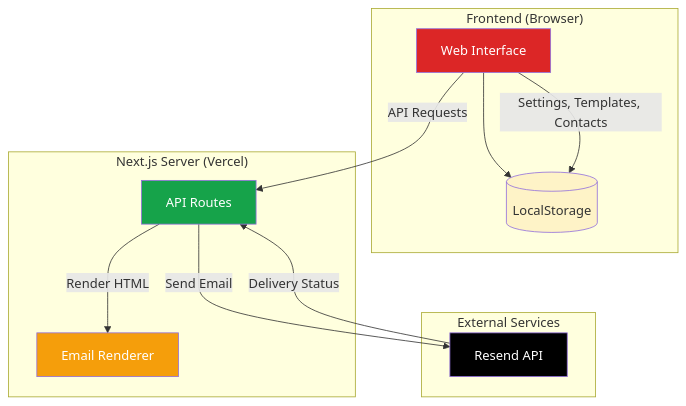
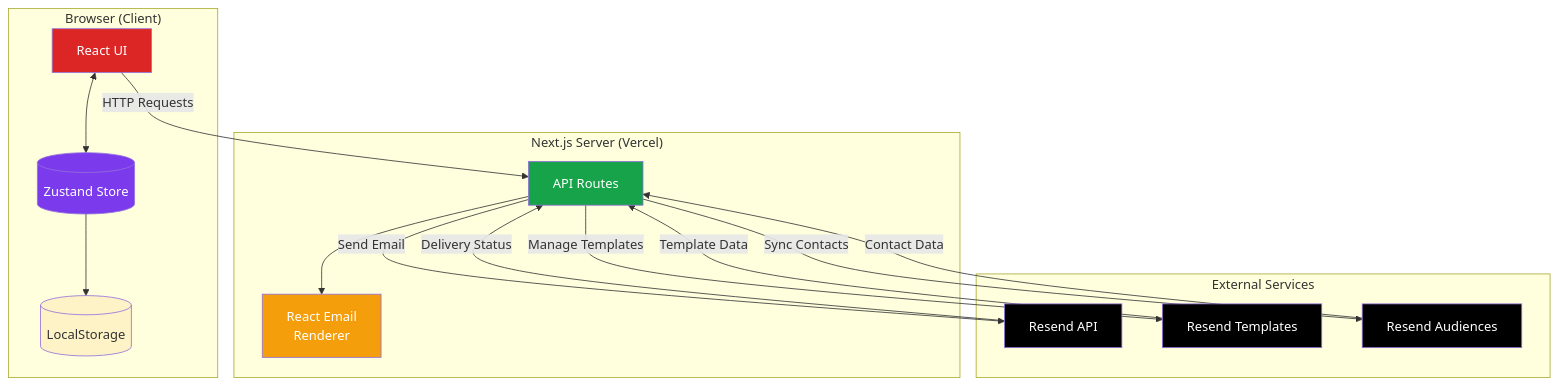
One commit to ChanMeng666/send-joy changed the fourth of 10 diagrams in README.md. Above: the diagram before and after it, drawn with Mermaid. The commit also changed other lines of this file and 1 other file, not shown here.

````diff
--- a/README.md
+++ b/README.md
@@ -63,29 +155,42 @@
 ```mermaid
 graph TB
-    subgraph "Frontend (Browser)"
-        UI[Web Interface]
+    subgraph Client["Browser (Client)"]
+        UI[React UI]
+        ZUSTAND[(Zustand Store)]
         LS[(LocalStorage)]
-        UI --> LS
+
+        UI <--> ZUSTAND
+        ZUSTAND --> LS
     end
 
-    subgraph "Next.js Server (Vercel)"
+    subgraph Server["Next.js Server (Vercel)"]
         API[API Routes]
-        RENDER[Email Renderer]
+        RENDER[React Email<br/>Renderer]
+
+        API --> RENDER
     end
 
-    subgraph "External Services"
+    subgraph External["External Services"]
         RESEND[Resend API]
+        RESEND_T[Resend Templates]
+        RESEND_A[Resend Audiences]
     end
 
-    UI -->|Settings, Templates, Contacts| LS
-    UI -->|API Requests| API
+    UI -->|HTTP Requests| API
     API -->|Send Email| RESEND
-    API -->|Render HTML| RENDER
+    API -->|Manage Templates| RESEND_T
+    API -->|Sync Contacts| RESEND_A
+
     RESEND -->|Delivery Status| API
+    RESEND_T -->|Template Data| API
+    RESEND_A -->|Contact Data| API
 
     style UI fill:#DC2626,color:#fff
+    style ZUSTAND fill:#7C3AED,color:#fff
     style LS fill:#FEF3C7
     style API fill:#16A34A,color:#fff
     style RENDER fill:#F59E0B,color:#fff
     style RESEND fill:#000,color:#fff
+    style RESEND_T fill:#000,color:#fff
+    style RESEND_A fill:#000,color:#fff
 ```
````
